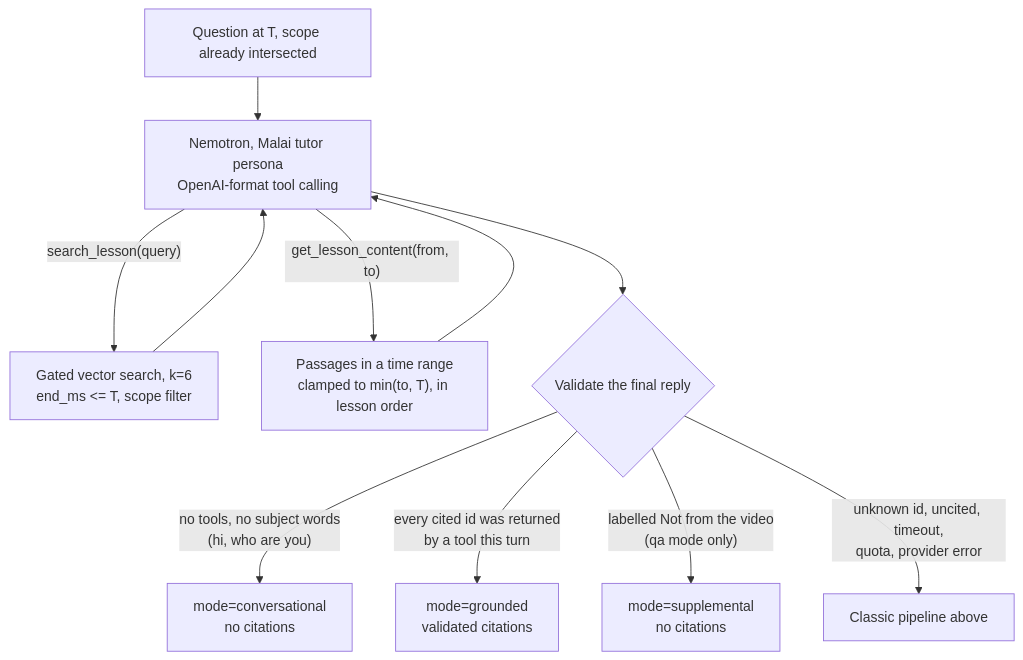
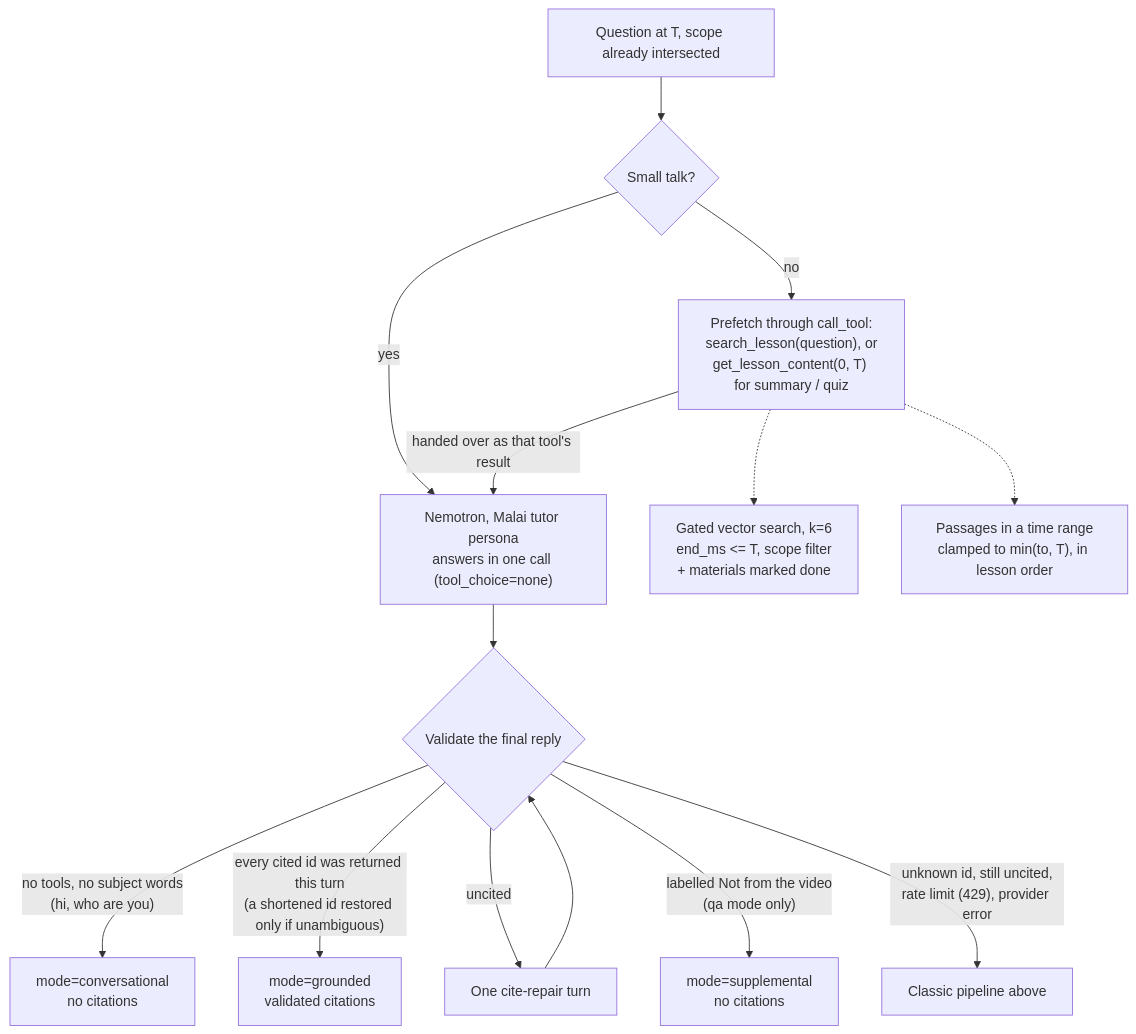
One commit to Nanu69-batman/ailearn changed the fifth of 7 diagrams in submission/ARCHITECTURE.md. Above: the diagram before and after it, drawn with Mermaid. The commit also changed other lines of this file and 10 other files, not shown here.

First line of the commit message:
docs(submission): bring every doc and diagram up to date

````diff
--- a/submission/ARCHITECTURE.md
+++ b/submission/ARCHITECTURE.md
@@ -195,13 +197,16 @@
 ```mermaid
 flowchart TD
-  Q2["Question at T, scope already intersected"] --> AG["Nemotron, Malai tutor persona<br/>OpenAI-format tool calling"]
-  AG -->|"search_lesson(query)"| T1["Gated vector search, k=6<br/>end_ms <= T, scope filter"]
-  AG -->|"get_lesson_content(from, to)"| T2["Passages in a time range<br/>clamped to min(to, T), in lesson order"]
-  T1 --> AG
-  T2 --> AG
+  Q2["Question at T, scope already intersected"] --> PRE{"Small talk?"}
+  PRE -->|"no"| PF["Prefetch through call_tool:<br/>search_lesson(question), or<br/>get_lesson_content(0, T) for summary / quiz"]
+  PRE -->|"yes"| AG
+  PF -->|"handed over as that tool's result"| AG["Nemotron, Malai tutor persona<br/>answers in one call (tool_choice=none)"]
+  PF -.-> T1["Gated vector search, k=6<br/>end_ms <= T, scope filter<br/>+ materials marked done"]
+  PF -.-> T2["Passages in a time range<br/>clamped to min(to, T), in lesson order"]
   AG --> VAL{"Validate the final reply"}
   VAL -->|"no tools, no subject words<br/>(hi, who are you)"| CONV["mode=conversational<br/>no citations"]
-  VAL -->|"every cited id was returned<br/>by a tool this turn"| GR["mode=grounded<br/>validated citations"]
+  VAL -->|"every cited id was returned this turn<br/>(a shortened id restored only if unambiguous)"| GR["mode=grounded<br/>validated citations"]
+  VAL -->|"uncited"| REP["One cite-repair turn"]
+  REP --> VAL
   VAL -->|"labelled Not from the video<br/>(qa mode only)"| SUP["mode=supplemental<br/>no citations"]
-  VAL -->|"unknown id, uncited, timeout,<br/>quota, provider error"| FB["Classic pipeline above"]
+  VAL -->|"unknown id, still uncited,<br/>rate limit (429), provider error"| FB["Classic pipeline above"]
 ```
````
